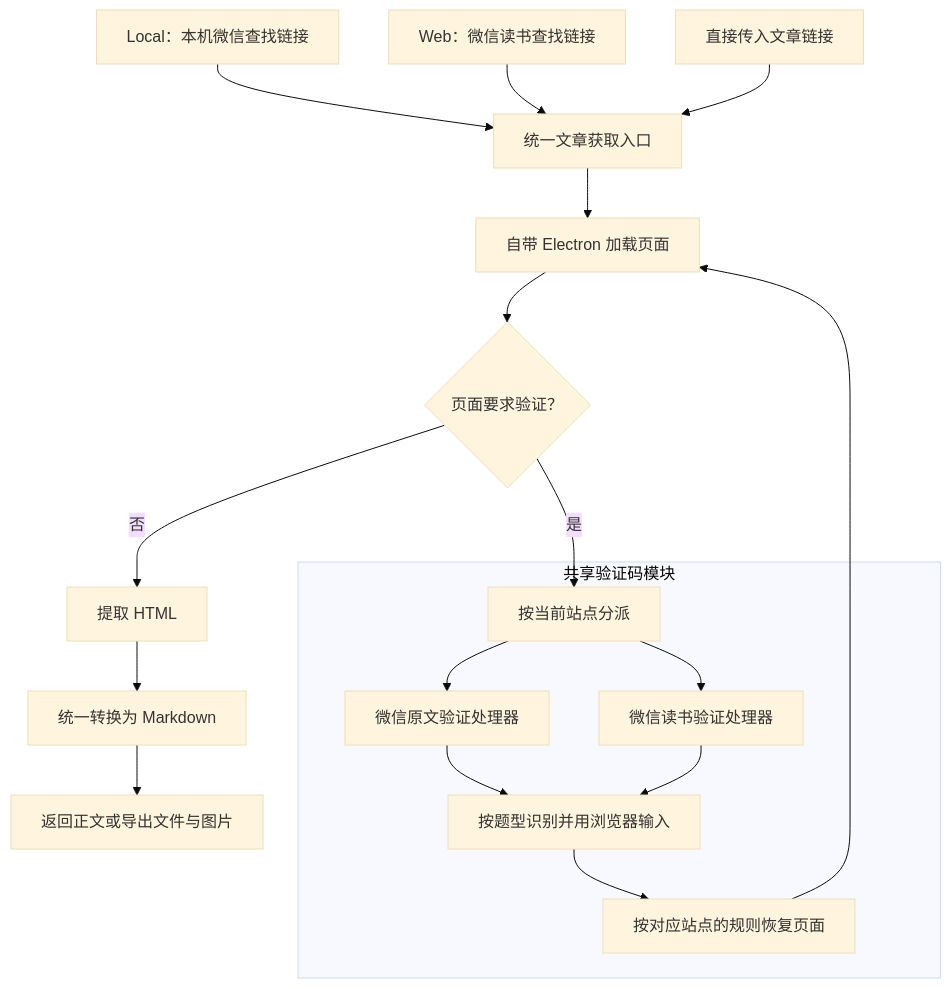
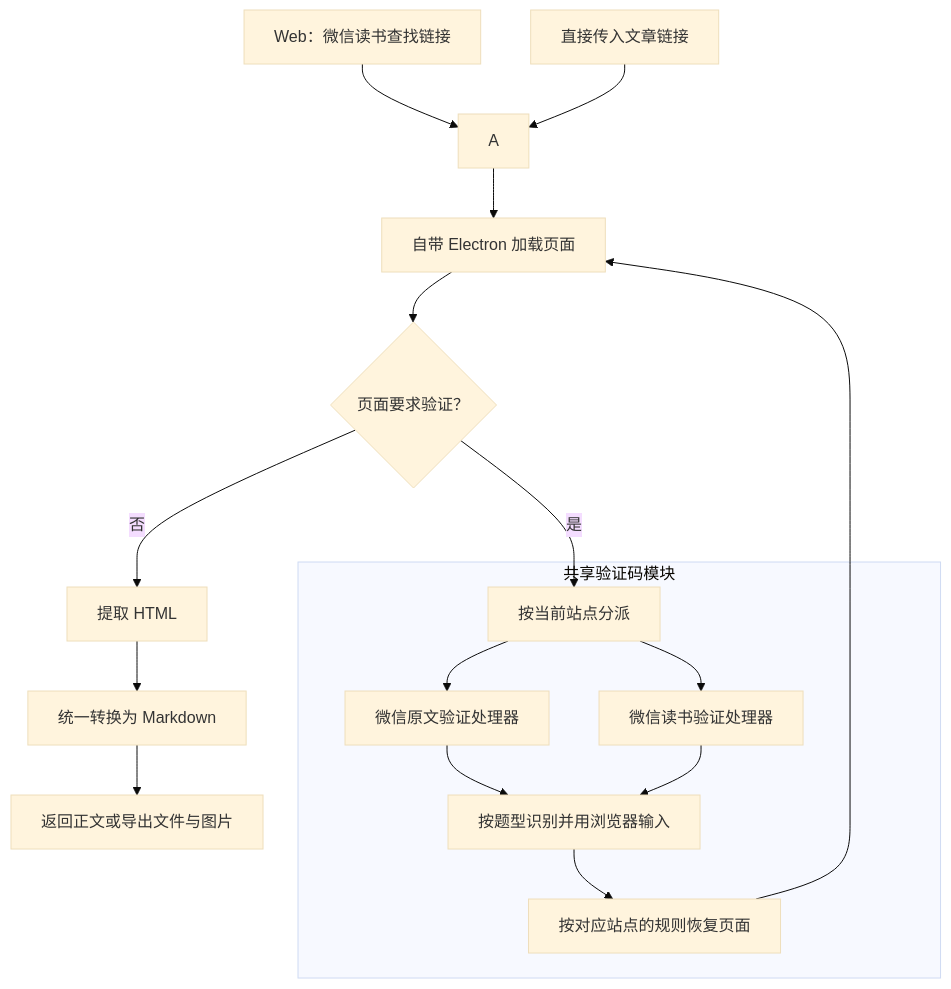
One commit to Anchorite-no/dsh-zju-assistant changed the diagram in core/weread/README.md. Above: the diagram before and after it, drawn with Mermaid (base theme). The commit also changed other lines of this file and 69 other files, not shown here.

````diff
--- a/core/weread/README.md
+++ b/core/weread/README.md
@@ -62,22 +56,21 @@
 ```mermaid
 flowchart TD
-    L[Local：本机微信查找链接] --> A[统一文章获取入口]
     W[Web：微信读书查找链接] --> A
     U[直接传入文章链接] --> A
     A --> B[自带 Electron 加载页面]
     B --> Q{页面要求验证？}
     Q -->|否| H[提取 HTML]
     Q -->|是| C
 
     subgraph V[共享验证码模块]
         C[按当前站点分派] --> M[微信原文验证处理器]
         C --> R[微信读书验证处理器]
         M --> T[按题型识别并用浏览器输入]
         R --> T
         T --> P[按对应站点的规则恢复页面]
     end
 
     P --> B
     H --> D[统一转换为 Markdown]
     D --> O[返回正文或导出文件与图片]
 ```
````
